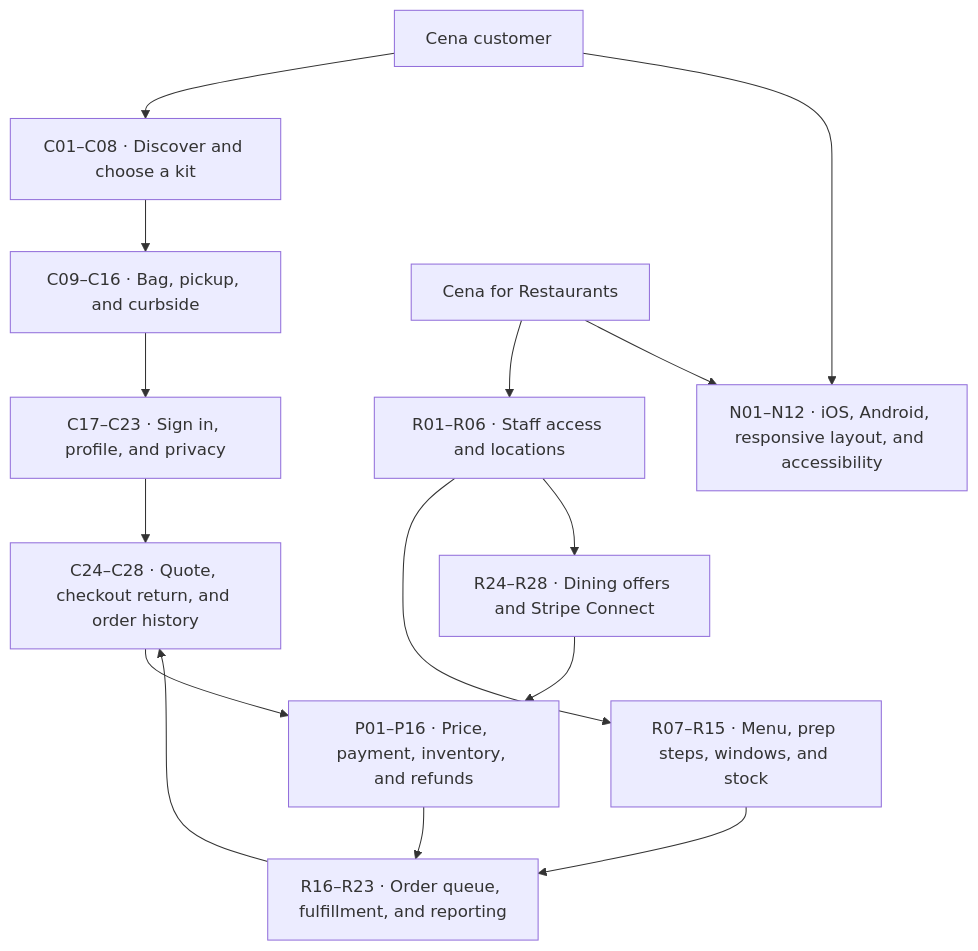
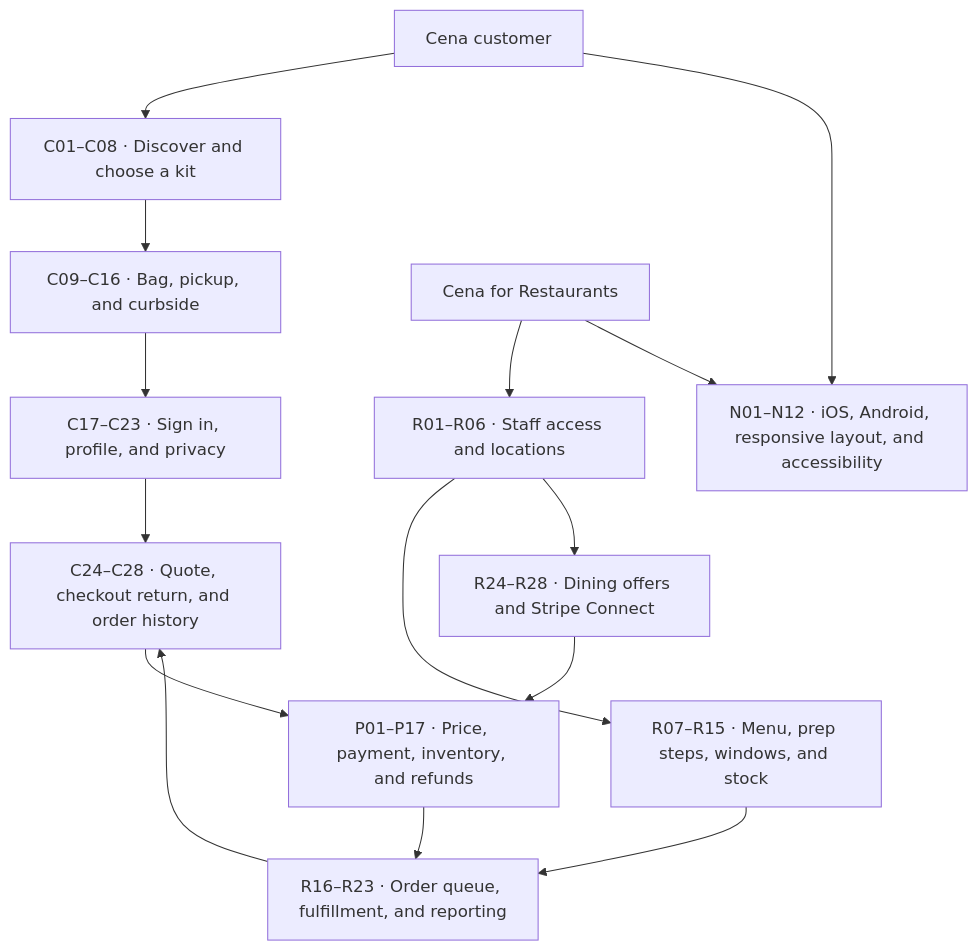
Before and after one commit to matthewf725/cena: the diagram in docs/qa-scenarios.md, drawn with Mermaid.

Commit message:
Link checkout recovery into the QA scenario graph

````diff
--- a/docs/qa-scenarios.md
+++ b/docs/qa-scenarios.md
@@ -5,17 +5,17 @@
 ```mermaid
 flowchart TD
     C[Cena customer] --> C1[C01–C08 · Discover and choose a kit]
     C1 --> C2[C09–C16 · Bag, pickup, and curbside]
     C2 --> C3[C17–C23 · Sign in, profile, and privacy]
     C3 --> C4[C24–C28 · Quote, checkout return, and order history]
     R[Cena for Restaurants] --> R1[R01–R06 · Staff access and locations]
     R1 --> R2[R07–R15 · Menu, prep steps, windows, and stock]
     R2 --> R3[R16–R23 · Order queue, fulfillment, and reporting]
     R1 --> R4[R24–R28 · Dining offers and Stripe Connect]
-    C4 --> P[P01–P16 · Price, payment, inventory, and refunds]
+    C4 --> P[P01–P17 · Price, payment, inventory, and refunds]
     R4 --> P
     P --> R3
     R3 --> C4
     C --> N[N01–N12 · iOS, Android, responsive layout, and accessibility]
     R --> N
 ```
````
